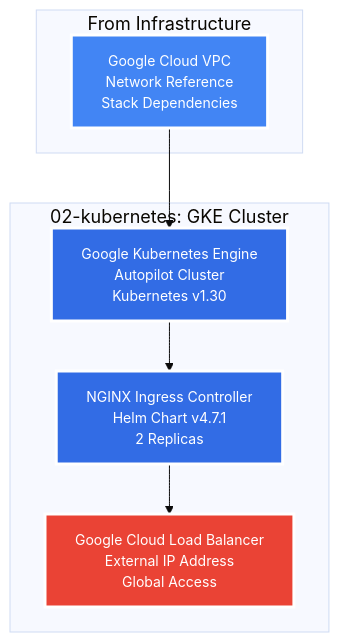
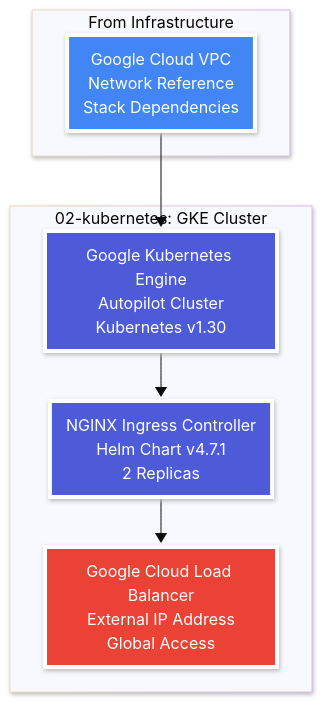
Before and after one commit to pulumi/pulumi-self-hosted-installers: the diagram in gke-hosted/diagrams/03-kubernetes.mmd, drawn with Mermaid. The commit also changed 55 other files, not shown here.

```diff
--- a/gke-hosted/diagrams/03-kubernetes.mmd
+++ b/gke-hosted/diagrams/03-kubernetes.mmd
@@ -1,21 +1,25 @@
-%%{init: {'theme':'base', 'themeVariables': {'fontSize': '18px', 'fontFamily': 'Arial, sans-serif'}}}%%
+---
+config:
+  look: neo
+  theme: base
+---
 graph TD
-    classDef k8s fill:#326CE5,stroke:#FFFFFF,stroke-width:3px,color:#FFFFFF,font-size:14px
-    classDef network fill:#EA4335,stroke:#FFFFFF,stroke-width:3px,color:#FFFFFF,font-size:14px
-    classDef gcp fill:#4285F4,stroke:#FFFFFF,stroke-width:3px,color:#FFFFFF,font-size:14px
+    classDef k8s fill:#4d5bd9,stroke:#FFFFFF,stroke-width:4px,color:#FFFFFF
+    classDef network fill:#EA4335,stroke:#FFFFFF,stroke-width:4px,color:#FFFFFF
+    classDef gcp fill:#4285F4,stroke:#FFFFFF,stroke-width:4px,color:#FFFFFF
     
     subgraph K8S["02-kubernetes: GKE Cluster"]
         GKE[Google Kubernetes Engine<br/>Autopilot Cluster<br/>Kubernetes v1.30]:::k8s
         
         NGINX_INGRESS[NGINX Ingress Controller<br/>Helm Chart v4.7.1<br/>2 Replicas]:::k8s
         
         EXTERNAL_IP[Google Cloud Load Balancer<br/>External IP Address<br/>Global Access]:::network
     end
     
     subgraph NET_REF["From Infrastructure"]
         VPC_REF[Google Cloud VPC<br/>Network Reference<br/>Stack Dependencies]:::gcp
     end
     
     VPC_REF --> GKE
     GKE --> NGINX_INGRESS
     NGINX_INGRESS --> EXTERNAL_IP
```
